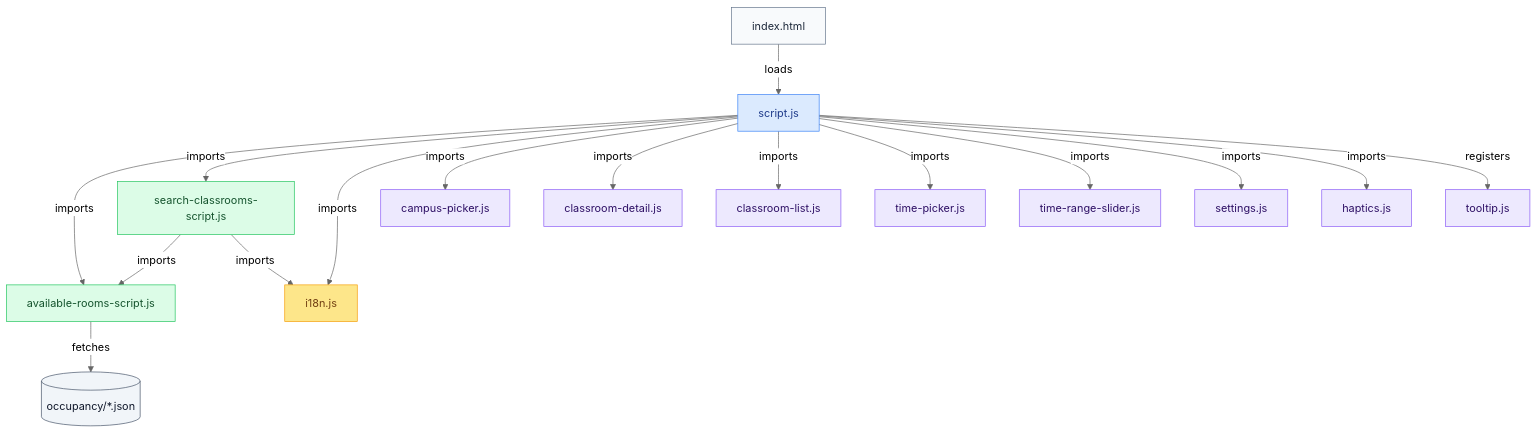
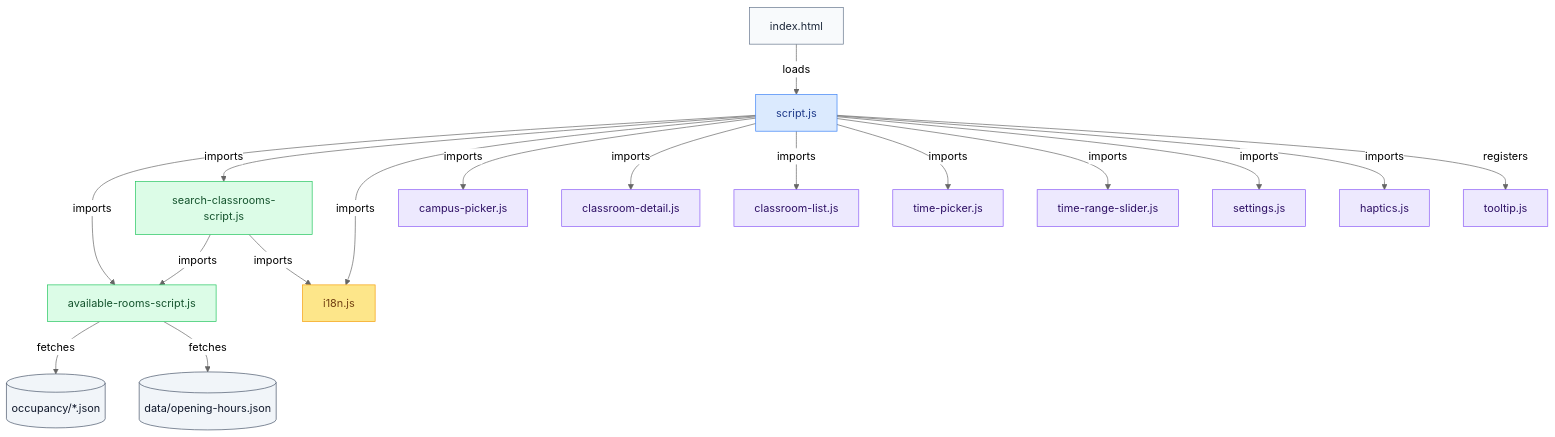
The third of 4 diagrams in docs/architecture.md (SummaCristian/PoliAule), drawn with Mermaid (neutral theme) before and after one commit. The commit also changed other lines of this file and 1 other file, not shown here.

````diff
--- a/docs/architecture.md
+++ b/docs/architecture.md
@@ -101,40 +117,41 @@
 ```mermaid
 graph TD
     classDef entry fill:#f8fafc,stroke:#64748b,color:#1e293b
     classDef shell fill:#dbeafe,stroke:#3b82f6,color:#1e3a8a
     classDef data fill:#dcfce7,stroke:#22c55e,color:#14532d
     classDef i18n fill:#fde68a,stroke:#f59e0b,color:#713f12
     classDef component fill:#ede9fe,stroke:#8b5cf6,color:#2e1065
     classDef store fill:#f1f5f9,stroke:#475569,color:#0f172a
 
     IH["index.html"]:::entry
     SC["script.js"]:::shell
     ARS["available-rooms-script.js"]:::data
     SCS["search-classrooms-script.js"]:::data
     I18N["i18n.js"]:::i18n
 
     CP["campus-picker.js"]:::component
     CD["classroom-detail.js"]:::component
     CL["classroom-list.js"]:::component
     TP["time-picker.js"]:::component
     TRS["time-range-slider.js"]:::component
     SET["settings.js"]:::component
     HAP["haptics.js"]:::component
     TT["tooltip.js"]:::component
 
     IH -->|loads| SC
     SC -->|imports| ARS
     SC -->|imports| SCS
     SC -->|imports| I18N
     SC -->|imports| CP
     SC -->|imports| CD
     SC -->|imports| CL
     SC -->|imports| TP
     SC -->|imports| TRS
     SC -->|imports| SET
     SC -->|imports| HAP
     SC -->|registers| TT
     SCS -->|imports| ARS
     SCS -->|imports| I18N
     ARS -->|fetches| JSON[("occupancy/*.json")]:::store
+    ARS -->|fetches| OH[("data/opening-hours.json")]:::store
 ```
````
